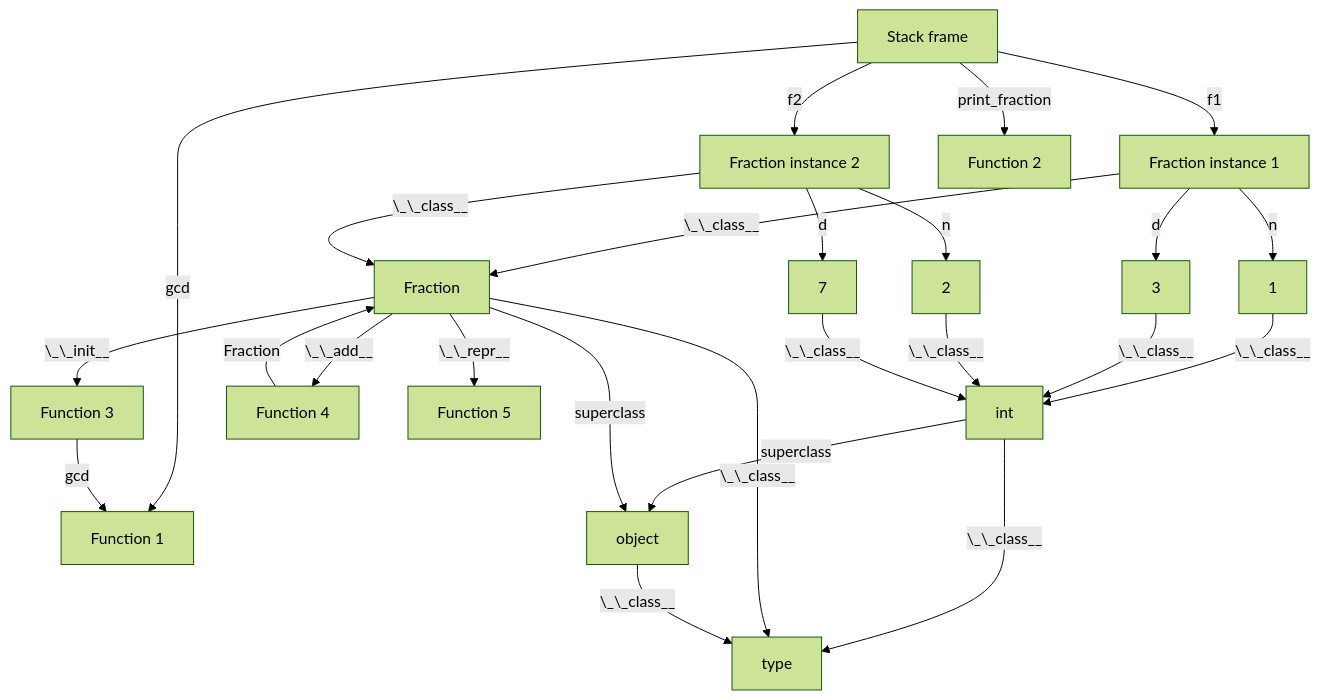
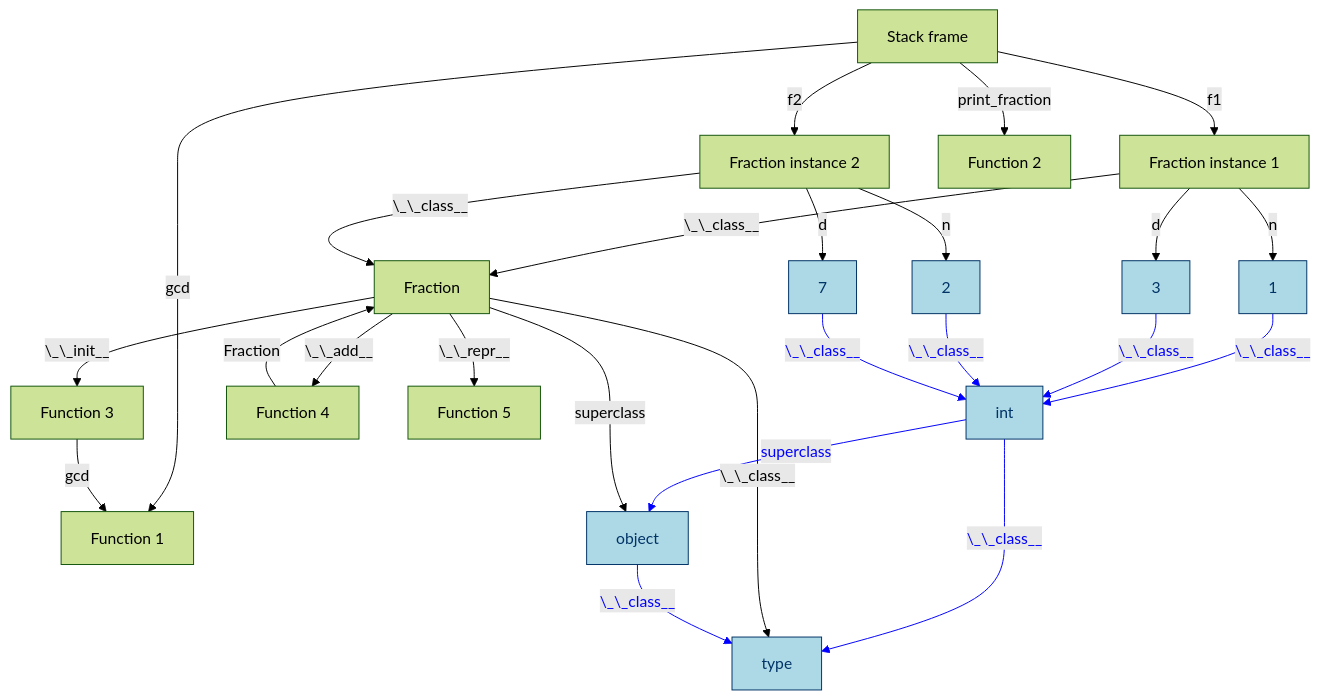
Before and after one commit to TobiasWrigstad/peps: the sixth of 10 diagrams in pep795.md, drawn with Mermaid (forest theme). The commit also changed other lines of this file, not shown here.

````diff
--- a/pep795.md
+++ b/pep795.md
@@ -147,27 +578,29 @@
 ```mermaid
 graph TD;
   A[Stack frame]-- f1 -->B[Fraction instance 1]
-  B-- n -->1
-  B-- d -->3
+  B-- n -->1:::imm
+  B-- d -->3:::imm
   A-- f2 -->D[Fraction instance 2]
-  D-- n -->2
-  D-- d -->7
+  D-- n -->2:::imm
+  D-- d -->7:::imm
   B-- \_\_class__ -->E[Fraction]
   D-- \_\_class__ -->E
-  1-- \_\_class__ -->int
+  1-- \_\_class__ -->int:::imm
   3-- \_\_class__ -->int
   2-- \_\_class__ -->int
   7-- \_\_class__ -->int
-  int -- \_\_class__ -->type
+  int -- \_\_class__ -->type:::imm
   E-- \_\_init__ -->AA[Function 3]
   E-- \_\_add__ -->BB[Function 4]
   E-- \_\_repr__ -->CC[Function 5]
-  E-- \_\_class__ -->type
+  E-- \_\_class__ -->type:::imm
   A-- gcd -->DD[Function 1]
   A-- print_fraction -->EE[Function 2]
   AA-- gcd -->DD
   BB-- Fraction -->E
-  int -- superclass -->O[object]
+  int -- superclass -->O[object]:::imm
   E -- superclass -->O
-  O -- \_\_class__ -->type
+  O -- \_\_class__ -->type:::imm
+  classDef imm fill:#ADD8E6,stroke:#003366,stroke-width:1px,color:#003366;
+  linkStyle 8,9,10,11,12,21,23 stroke:#00f,stroke-width:1px,color:blue;
 ```
````
